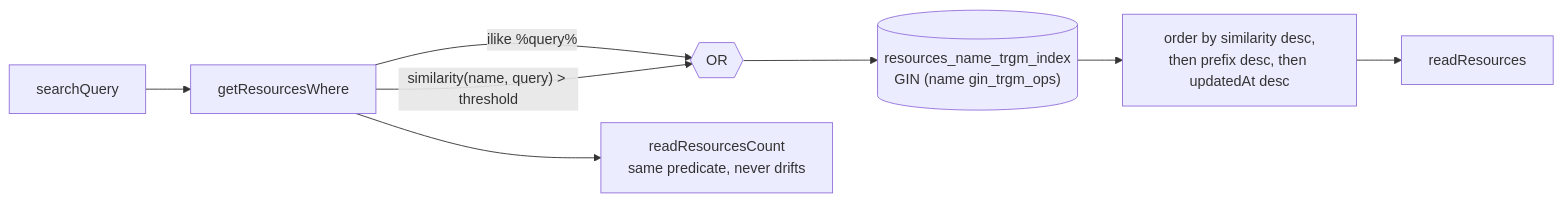
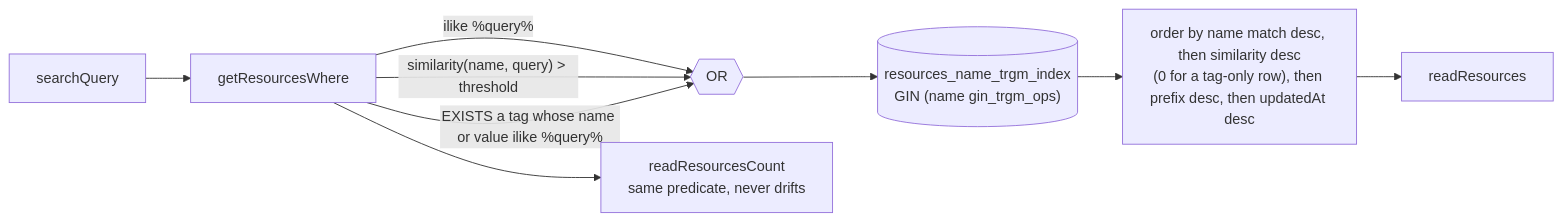
The diagram in openspec/specs/resource/global-search-relevance/design.md (Esposter/Esposter), drawn with Mermaid before and after one commit. The commit also changed other lines of this file and 12 other files, not shown here.

````diff
--- a/openspec/specs/resource/global-search-relevance/design.md
+++ b/openspec/specs/resource/global-search-relevance/design.md
@@ -15,10 +15,11 @@
 ```mermaid
 flowchart LR
   Q["searchQuery"] --> W["getResourcesWhere"]
   W -->|"ilike %query%"| OR{{"OR"}}
   W -->|"similarity(name, query) > threshold"| OR
+  W -->|"EXISTS a tag whose name or value ilike %query%"| OR
   OR --> IDX[("resources_name_trgm_index<br/>GIN (name gin_trgm_ops)")]
-  IDX --> RANK["order by similarity desc,<br/>then prefix desc, then updatedAt desc"]
+  IDX --> RANK["order by name match desc, then similarity desc<br/>(0 for a tag-only row), then prefix desc, then updatedAt desc"]
   RANK --> LIST["readResources"]
   W --> CNT["readResourcesCount<br/>same predicate, never drifts"]
 ```
````
